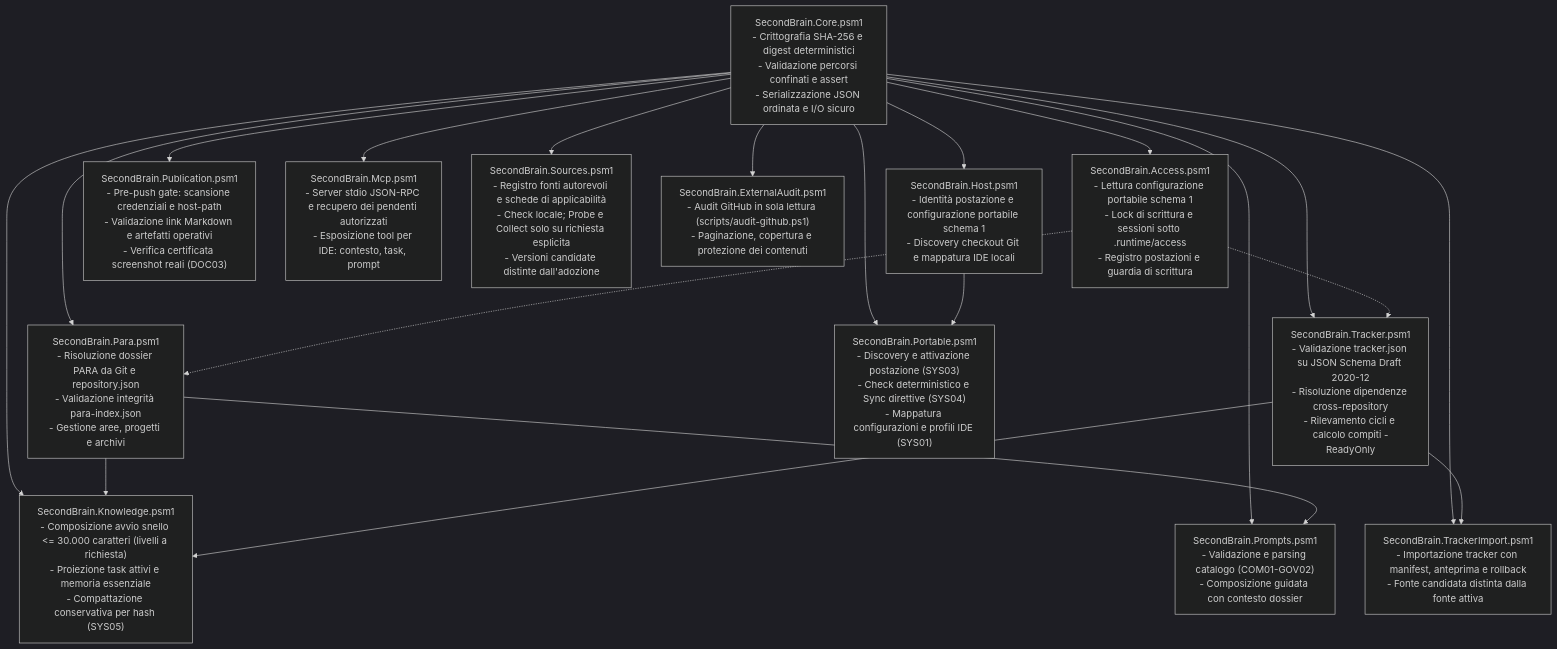
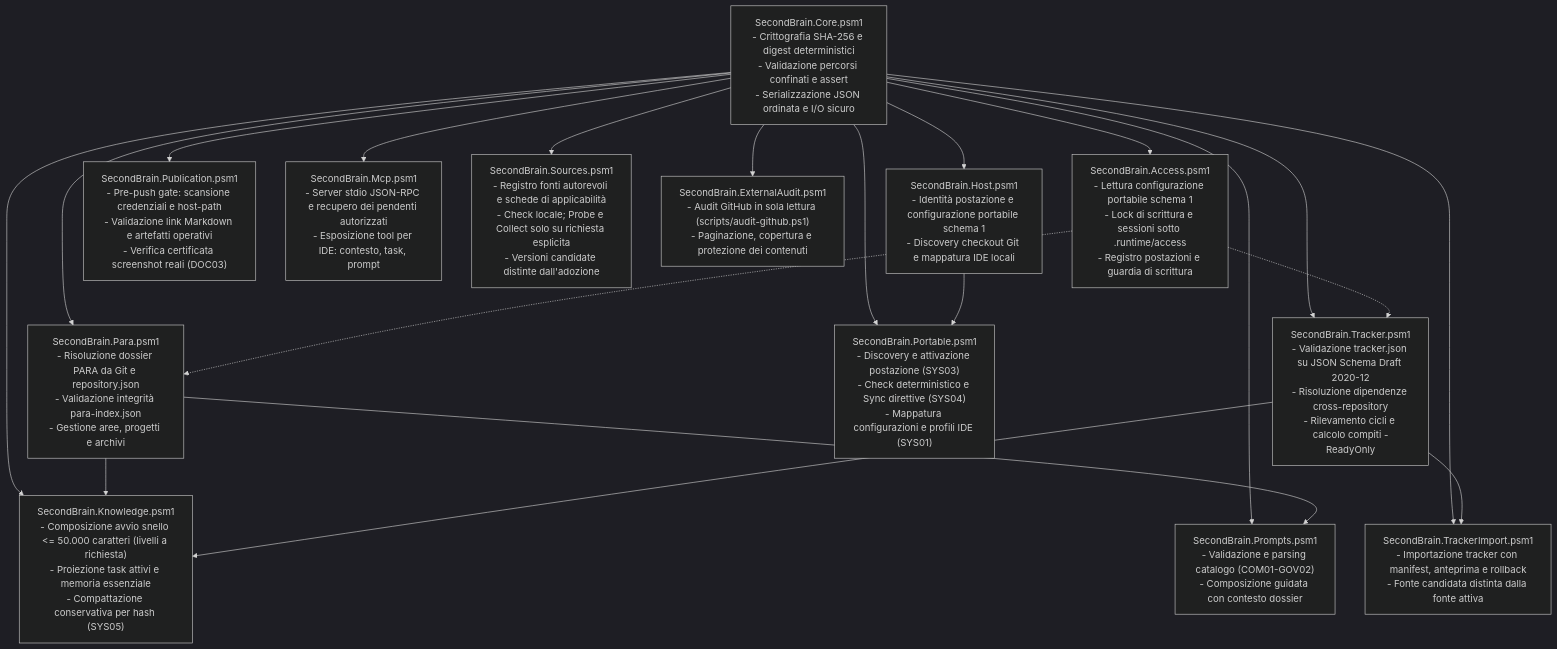
Before and after one commit to dennidalpos/secondbrain: the second of 7 diagrams in docs/riferimento/architecture.it.md, drawn with Mermaid (dark theme). The commit also changed other lines of this file and 28 other files, not shown here.

````diff
--- a/docs/riferimento/architecture.it.md
+++ b/docs/riferimento/architecture.it.md
@@ -43,49 +43,49 @@
 ```mermaid
 flowchart TB
     CORE["SecondBrain.Core.psm1<br/>- Crittografia SHA-256 e digest deterministici<br/>- Validazione percorsi confinati e assert<br/>- Serializzazione JSON ordinata e I/O sicuro"]
 
     ACCESS["SecondBrain.Access.psm1<br/>- Lettura configurazione portabile schema 1<br/>- Lock di scrittura e sessioni sotto .runtime/access<br/>- Registro postazioni e guardia di scrittura"]
 
     HOST["SecondBrain.Host.psm1<br/>- Identità postazione e configurazione portabile schema 1<br/>- Discovery checkout Git e mappatura IDE locali"]
 
     PARA["SecondBrain.Para.psm1<br/>- Risoluzione dossier PARA da Git e repository.json<br/>- Validazione integrità para-index.json<br/>- Gestione aree, progetti e archivi"]
 
     TRACKER["SecondBrain.Tracker.psm1<br/>- Validazione tracker.json su JSON Schema Draft 2020-12<br/>- Risoluzione dipendenze cross-repository<br/>- Rilevamento cicli e calcolo compiti -ReadyOnly"]
 
-    KNOWLEDGE["SecondBrain.Knowledge.psm1<br/>- Composizione avvio snello <= 30.000 caratteri (livelli a richiesta)<br/>- Proiezione task attivi e memoria essenziale<br/>- Compattazione conservativa per hash (SYS05)"]
+    KNOWLEDGE["SecondBrain.Knowledge.psm1<br/>- Composizione avvio snello <= 50.000 caratteri (livelli a richiesta)<br/>- Proiezione task attivi e memoria essenziale<br/>- Compattazione conservativa per hash (SYS05)"]
 
     PORTABLE["SecondBrain.Portable.psm1<br/>- Discovery e attivazione postazione (SYS03)<br/>- Check deterministico e Sync direttive (SYS04)<br/>- Mappatura configurazioni e profili IDE (SYS01)"]
 
     PROMPTS["SecondBrain.Prompts.psm1<br/>- Validazione e parsing catalogo (COM01-GOV02)<br/>- Composizione guidata con contesto dossier"]
 
     PUBLICATION["SecondBrain.Publication.psm1<br/>- Pre-push gate: scansione credenziali e host-path<br/>- Validazione link Markdown e artefatti operativi<br/>- Verifica certificata screenshot reali (DOC03)"]
 
     MCP["SecondBrain.Mcp.psm1<br/>- Server stdio JSON-RPC e recupero dei pendenti autorizzati<br/>- Esposizione tool per IDE: contesto, task, prompt"]
 
     SOURCES["SecondBrain.Sources.psm1<br/>- Registro fonti autorevoli e schede di applicabilità<br/>- Check locale; Probe e Collect solo su richiesta esplicita<br/>- Versioni candidate distinte dall'adozione"]
 
     EXTAUDIT["SecondBrain.ExternalAudit.psm1<br/>- Audit GitHub in sola lettura (scripts/audit-github.ps1)<br/>- Paginazione, copertura e protezione dei contenuti"]
 
     TRACKERIMP["SecondBrain.TrackerImport.psm1<br/>- Importazione tracker con manifest, anteprima e rollback<br/>- Fonte candidata distinta dalla fonte attiva"]
 
     CORE --> ACCESS
     CORE --> HOST
     CORE --> PARA
     CORE --> TRACKER
     CORE --> KNOWLEDGE
     CORE --> PORTABLE
     CORE --> PROMPTS
     CORE --> PUBLICATION
     CORE --> MCP
     CORE --> SOURCES
     CORE --> EXTAUDIT
     CORE --> TRACKERIMP
 
     ACCESS -.-> PARA
     ACCESS -.-> TRACKER
     PARA --> KNOWLEDGE
     TRACKER --> KNOWLEDGE
     TRACKER --> TRACKERIMP
     HOST --> PORTABLE
     PARA --> PROMPTS
 ```
````
